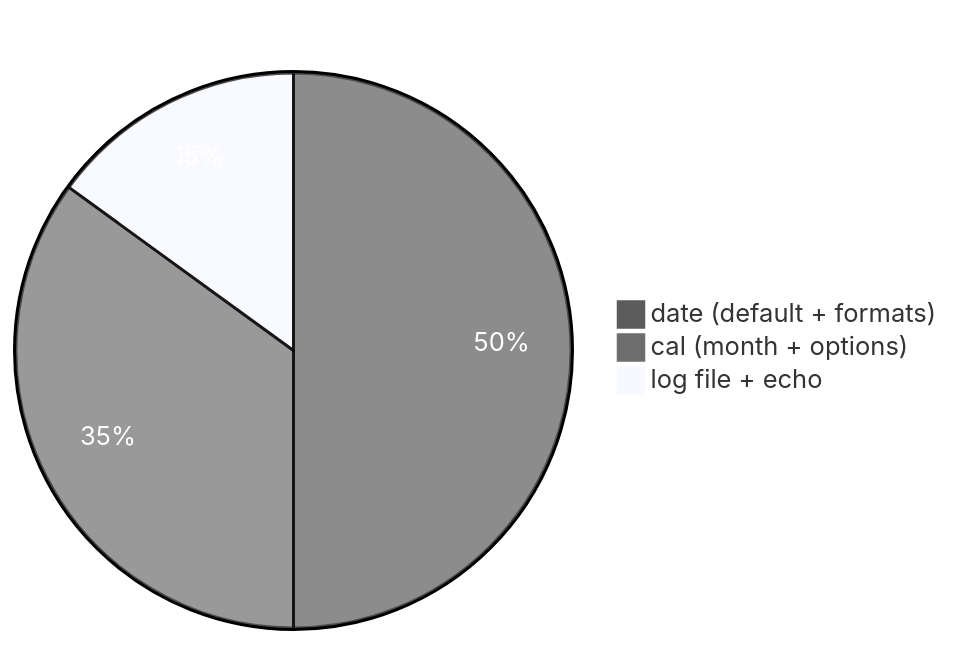
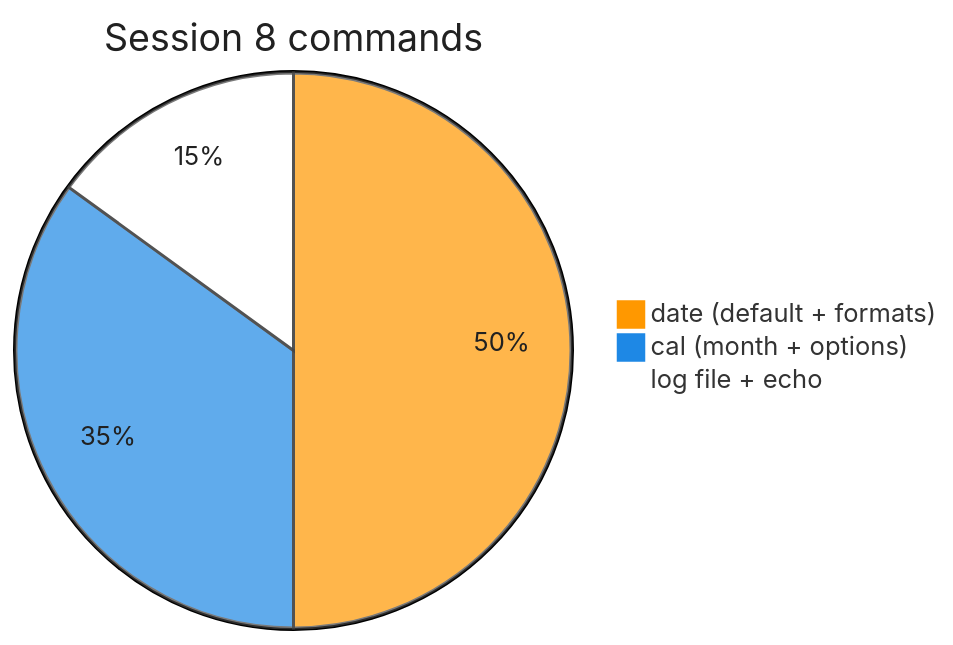
The first of 2 diagrams in scripts-execution-summary/DateandCal Execution summary.md (chaitussm/Linux-Basics), drawn with Mermaid before and after one commit. The commit also changed 20 other files, not shown here.

First line of the commit message:
Use orange, blue, and white Mermaid pie chart colors

````diff
--- a/scripts-execution-summary/DateandCal Execution summary.md
+++ b/scripts-execution-summary/DateandCal Execution summary.md
@@ -6,7 +6,7 @@
 ```mermaid
-%%{init: {'theme': 'base', 'themeVariables': {'pie1': '#5c5c5c', 'pie2': '#6e6e6e', 'pieTitleTextColor': '#ffffff', 'pieSectionTextColor': '#ffffff'}}}%%
+%%{init: {'theme': 'base', 'themeVariables': {'pie1': '#FF9800', 'pie2': '#1E88E5', 'pie3': '#FFFFFF', 'pie4': '#FF9800', 'pie5': '#1E88E5', 'pieTitleTextColor': '#212121', 'pieSectionTextColor': '#212121', 'pieStrokeColor': '#424242'}}}%%
 pie title Session 8 commands
     "date (default + formats)" : 50
     "cal (month + options)" : 35
     "log file + echo" : 15
 ```
````
